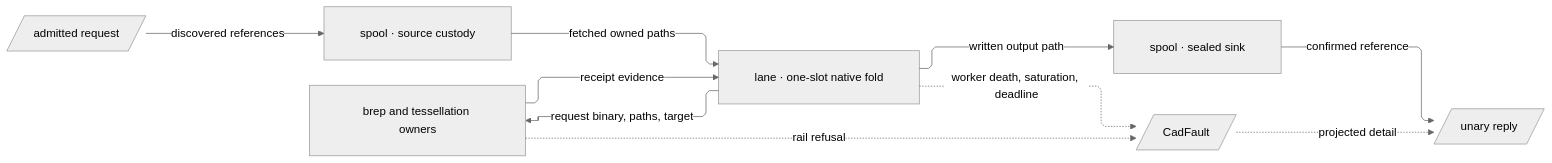
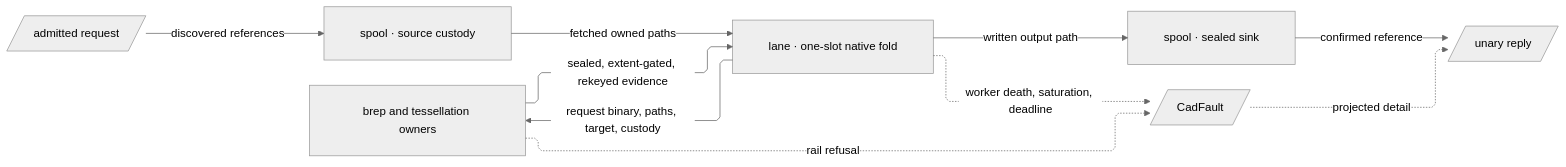
Before and after one commit to bsamiee/Rasm: the third of 3 diagrams in libs/python/cad/ARCHITECTURE.md, drawn with Mermaid (neutral theme). The commit also changed other lines of this file and 167 other files, not shown here.

````diff
--- a/libs/python/cad/ARCHITECTURE.md
+++ b/libs/python/cad/ARCHITECTURE.md
@@ -133,21 +144,21 @@
 ```mermaid
 ---
 config:
   layout: elk
   flowchart:
     curve: linear
     padding: 25
 ---
 flowchart LR
     accTitle: cad provider call spine
     accDescr: One admitted request resolving its sources, folding once in the native lane, and publishing before the reply returns.
     Request[/admitted request/] e1@-->|"discovered references"| Spool[spool · source custody]
     Spool e2@-->|"fetched owned paths"| Lane[lane · one-slot native fold]
-    Lane e3@-->|"request binary, paths, target"| Kernel[brep and tessellation owners]
-    Kernel e4@-->|"receipt evidence"| Lane
+    Lane e3@-->|"request binary, paths, target, custody"| Kernel[brep and tessellation owners]
+    Kernel e4@-->|"sealed, extent-gated, rekeyed evidence"| Lane
     Lane e5@-->|"written output path"| Sink[spool · sealed sink]
     Sink e6@-->|"confirmed reference"| Reply[/unary reply/]
     Kernel f1@-.->|"rail refusal"| Fault[/CadFault/]
     Lane f2@-.->|"worker death, saturation, deadline"| Fault
     Fault f3@-.->|"projected detail"| Reply
 ```
````
